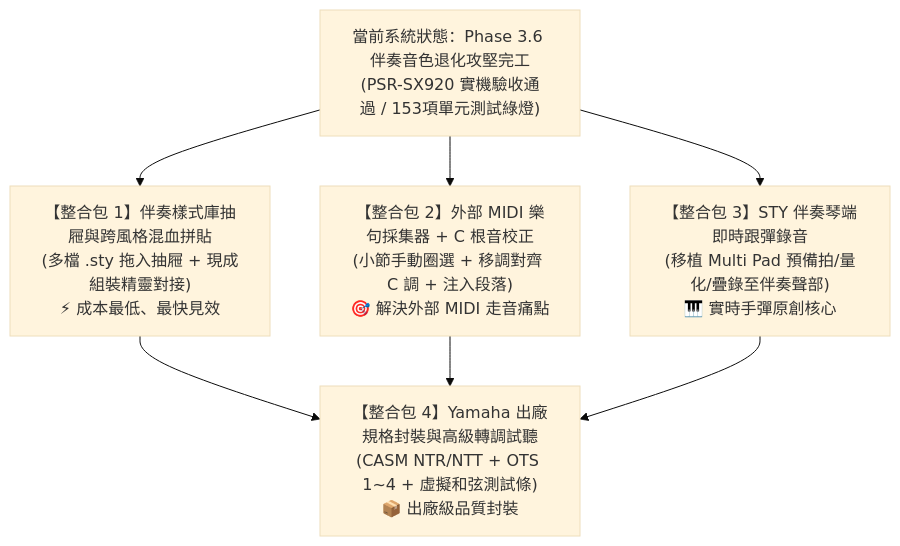
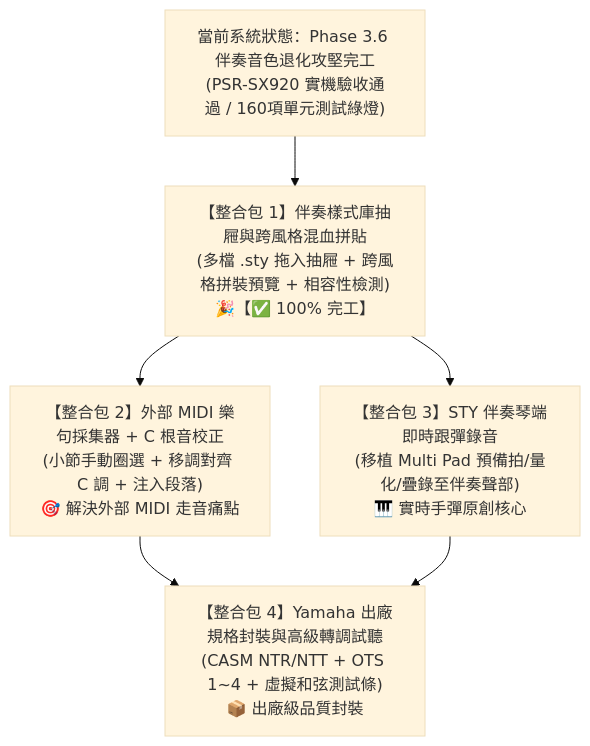
The diagram in PENDING_EXECUTION_PLANS.md (CMChen59/Yamaha-Midi-Edit), drawn with Mermaid (base theme) before and after one commit. The commit also changed other lines of this file and 8 other files, not shown here.

````diff
--- a/PENDING_EXECUTION_PLANS.md
+++ b/PENDING_EXECUTION_PLANS.md
@@ -113,16 +114,15 @@
 ```mermaid
 flowchart TD
-    Current["當前系統狀態：Phase 3.6 伴奏音色退化攻堅完工\n(PSR-SX920 實機驗收通過 / 153項單元測試綠燈)"]
+    Current["當前系統狀態：Phase 3.6 伴奏音色退化攻堅完工\n(PSR-SX920 實機驗收通過 / 160項單元測試綠燈)"]
 
-    PKG1["【整合包 1】伴奏樣式庫抽屜與跨風格混血拼貼\n(多檔 .sty 拖入抽屜 + 現成組裝精靈對接)\n⚡ 成本最低、最快見效"]
+    PKG1["【整合包 1】伴奏樣式庫抽屜與跨風格混血拼貼\n(多檔 .sty 拖入抽屜 + 跨風格拼裝預覽 + 相容性檢測)\n🎉【✅ 100% 完工】"]
     PKG2["【整合包 2】外部 MIDI 樂句採集器 + C 根音校正\n(小節手動圈選 + 移調對齊 C 調 + 注入段落)\n🎯 解決外部 MIDI 走音痛點"]
     PKG3["【整合包 3】STY 伴奏琴端即時跟彈錄音\n(移植 Multi Pad 預備拍/量化/疊錄至伴奏聲部)\n🎹 實時手彈原創核心"]
     PKG4["【整合包 4】Yamaha 出廠規格封裝與高級轉調試聽\n(CASM NTR/NTT + OTS 1~4 + 虛擬和弦測試條)\n📦 出廠級品質封裝"]
 
     Current --> PKG1
-    Current --> PKG2
-    Current --> PKG3
-    PKG1 --> PKG4
+    PKG1 --> PKG2
+    PKG1 --> PKG3
     PKG2 --> PKG4
     PKG3 --> PKG4
 ```
````
